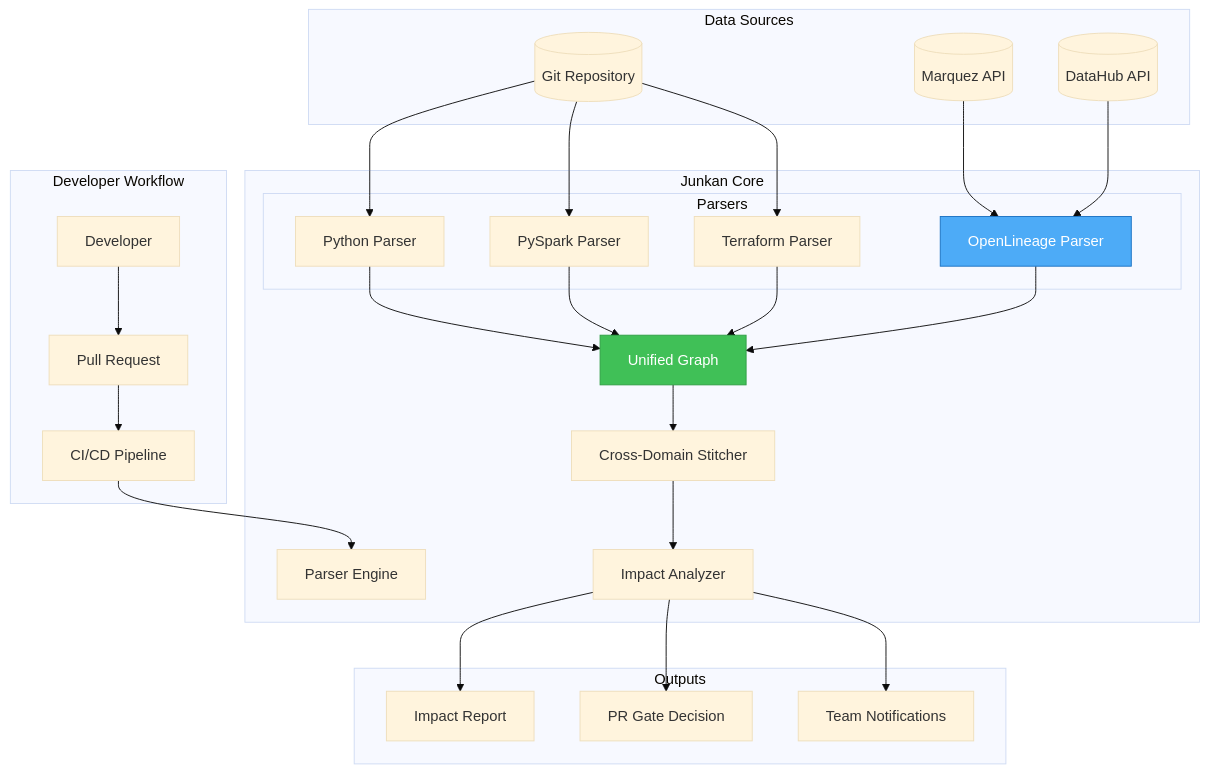
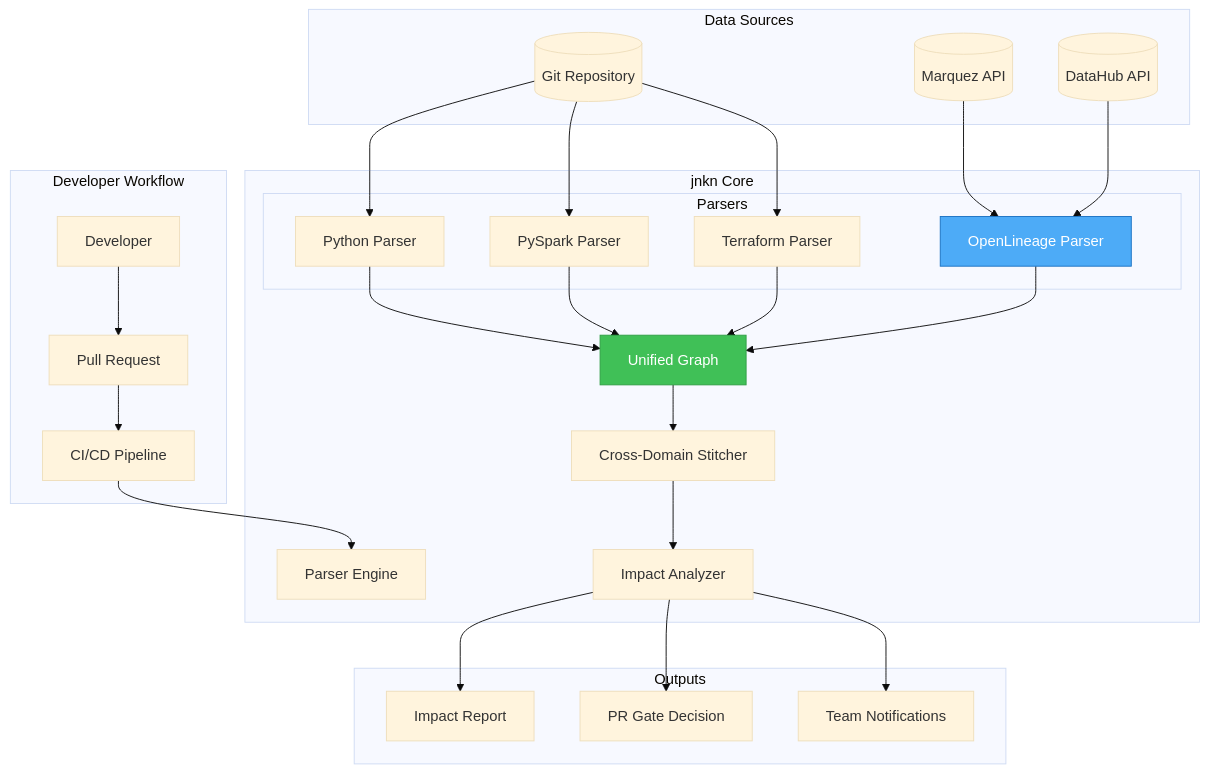
The fourth of 9 diagrams in docs/openlineage/design.md (bordumb/junkan), drawn with Mermaid (base theme) before and after one commit. The commit also changed other lines of this file and 157 other files, not shown here.

````diff
--- a/docs/openlineage/design.md
+++ b/docs/openlineage/design.md
@@ -220,60 +220,60 @@
 ```mermaid
 graph TB
     subgraph "Developer Workflow"
         DEV[Developer]
         PR[Pull Request]
         CI[CI/CD Pipeline]
     end
     
-    subgraph "Junkan Core"
+    subgraph "jnkn Core"
         PARSER_ENGINE[Parser Engine]
         
         subgraph "Parsers"
             PY[Python Parser]
             SPARK[PySpark Parser]
             TF[Terraform Parser]
             OL_PARSER[OpenLineage Parser]
         end
         
         GRAPH[Unified Graph]
         STITCHER[Cross-Domain Stitcher]
         ANALYZER[Impact Analyzer]
     end
     
     subgraph "Data Sources"
         CODE[(Git Repository)]
         MARQUEZ[(Marquez API)]
         DATAHUB[(DataHub API)]
     end
     
     subgraph "Outputs"
         REPORT[Impact Report]
         GATE[PR Gate Decision]
         NOTIFY[Team Notifications]
     end
     
     DEV --> PR
     PR --> CI
     CI --> PARSER_ENGINE
     
     CODE --> PY
     CODE --> SPARK
     CODE --> TF
     MARQUEZ --> OL_PARSER
     DATAHUB --> OL_PARSER
     
     PY --> GRAPH
     SPARK --> GRAPH
     TF --> GRAPH
     OL_PARSER --> GRAPH
     
     GRAPH --> STITCHER
     STITCHER --> ANALYZER
     
     ANALYZER --> REPORT
     ANALYZER --> GATE
     ANALYZER --> NOTIFY
     
     style OL_PARSER fill:#4dabf7,stroke:#1971c2,color:#fff
     style GRAPH fill:#40c057,stroke:#2f9e44,color:#fff
 ```
````
